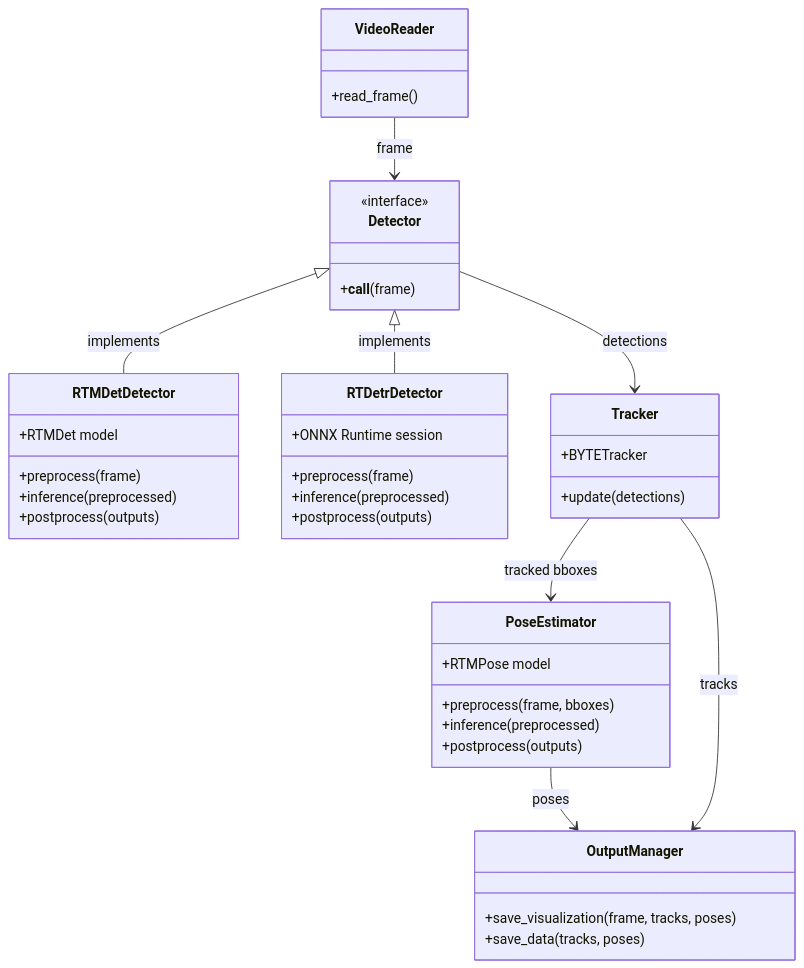
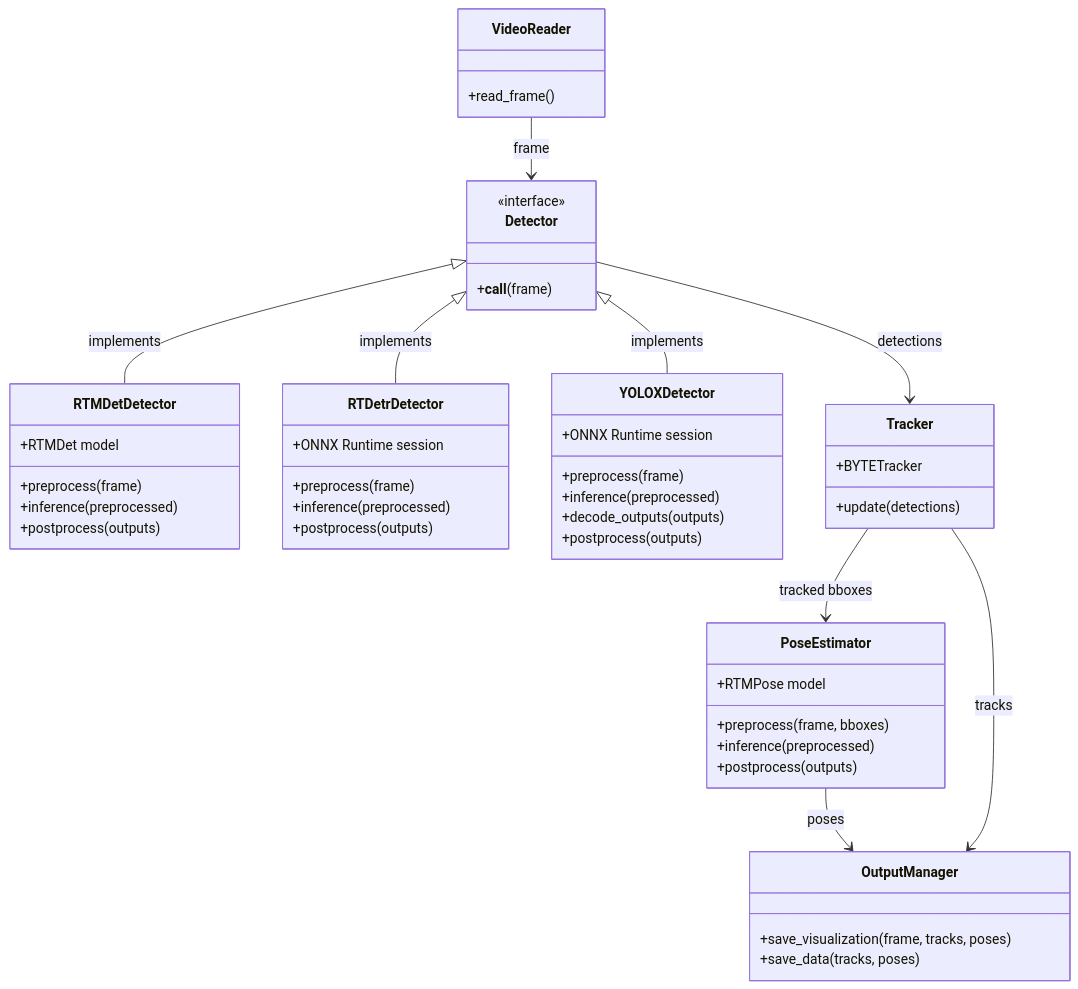
Before and after one commit to f-fraysse/HPE_volleyball: the third of 3 diagrams in memory-bank/systemPatterns.md, drawn with Mermaid. The commit also changed other lines of this file and 7 other files, not shown here.

````diff
--- a/memory-bank/systemPatterns.md
+++ b/memory-bank/systemPatterns.md
@@ -168,50 +170,59 @@
 ```mermaid
 classDiagram
     class VideoReader {
         +read_frame()
     }
 
     class Detector {
         <<interface>>
         +__call__(frame)
     }
 
     class RTMDetDetector {
         +RTMDet model
         +preprocess(frame)
         +inference(preprocessed)
         +postprocess(outputs)
     }
 
     class RTDetrDetector {
         +ONNX Runtime session
         +preprocess(frame)
         +inference(preprocessed)
         +postprocess(outputs)
     }
 
+    class YOLOXDetector {
+        +ONNX Runtime session
+        +preprocess(frame)
+        +inference(preprocessed)
+        +decode_outputs(outputs)
+        +postprocess(outputs)
+    }
+
     class Tracker {
         +BYTETracker
         +update(detections)
     }
 
     class PoseEstimator {
         +RTMPose model
         +preprocess(frame, bboxes)
         +inference(preprocessed)
         +postprocess(outputs)
     }
 
     class OutputManager {
         +save_visualization(frame, tracks, poses)
         +save_data(tracks, poses)
     }
 
     VideoReader --> Detector : frame
     Detector <|-- RTMDetDetector : implements
     Detector <|-- RTDetrDetector : implements
+    Detector <|-- YOLOXDetector : implements
     Detector --> Tracker : detections
     Tracker --> PoseEstimator : tracked bboxes
     PoseEstimator --> OutputManager : poses
     Tracker --> OutputManager : tracks
 ```
````
